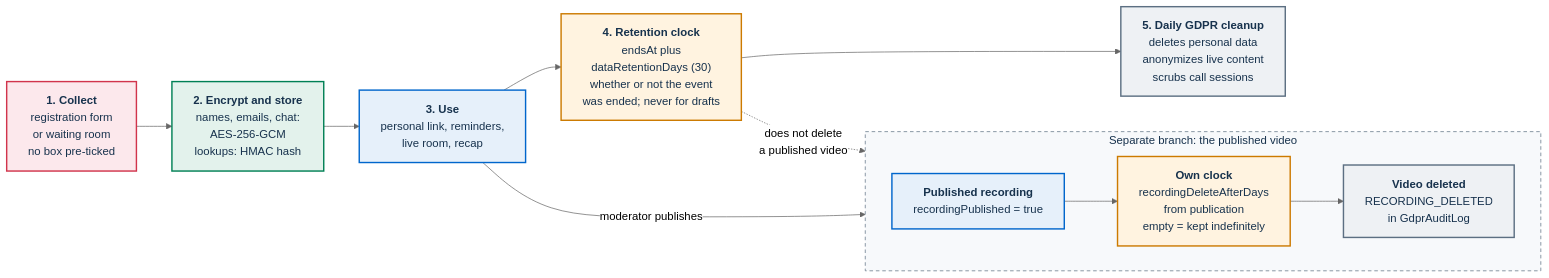
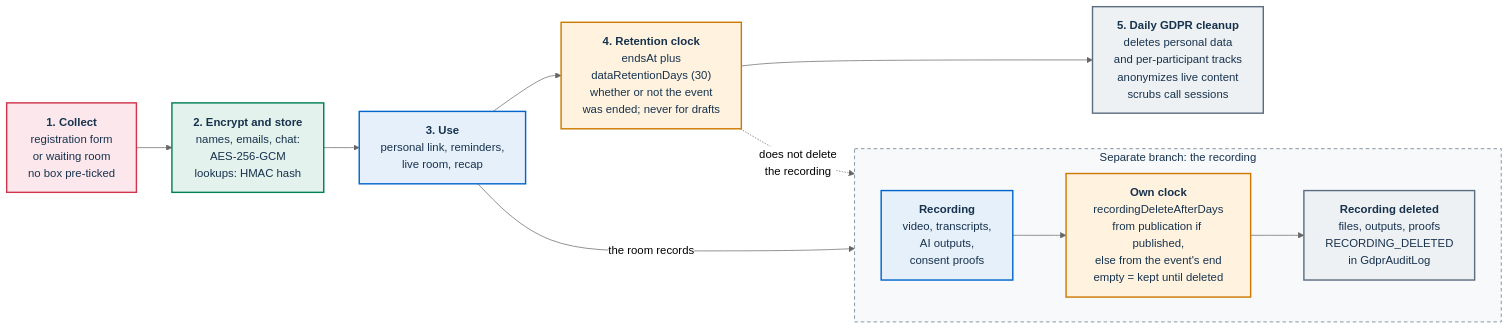
Before and after one commit to italia/pa-webinar: the second of 3 diagrams in docs/GDPR.md, drawn with Mermaid (neutral theme). The commit also changed other lines of this file and 13 other files, not shown here.

````diff
--- a/docs/GDPR.md
+++ b/docs/GDPR.md
@@ -328,28 +332,28 @@
 ```mermaid
 flowchart LR
   classDef risk fill:#FCE8EC,stroke:#D1344C,stroke-width:2px,color:#17324D
   classDef data fill:#E3F2EC,stroke:#008055,stroke-width:2px,color:#17324D
   classDef portal fill:#E6F0FA,stroke:#0066CC,stroke-width:2px,color:#17324D
   classDef job fill:#FFF3E0,stroke:#CC7A00,stroke-width:2px,color:#17324D
   classDef ext fill:#EEF1F4,stroke:#5C6F82,stroke-width:2px,color:#17324D
 
   C["<b>1. Collect</b><br/>registration form<br/>or waiting room<br/>no box pre-ticked"]:::risk
   S["<b>2. Encrypt and store</b><br/>names, emails, chat:<br/>AES-256-GCM<br/>lookups: HMAC hash"]:::data
   U["<b>3. Use</b><br/>personal link, reminders,<br/>live room, recap"]:::portal
   R["<b>4. Retention clock</b><br/>endsAt plus<br/>dataRetentionDays (30)<br/>whether or not the event<br/>was ended; never for drafts"]:::job
-  X["<b>5. Daily GDPR cleanup</b><br/>deletes personal data<br/>anonymizes live content<br/>scrubs call sessions"]:::ext
+  X["<b>5. Daily GDPR cleanup</b><br/>deletes personal data<br/>and per-participant tracks<br/>anonymizes live content<br/>scrubs call sessions"]:::ext
 
   C --> S --> U --> R --> X
 
-  subgraph EXEMPT["Separate branch: the published video"]
+  subgraph REC["Separate branch: the recording"]
     direction LR
-    P["<b>Published recording</b><br/>recordingPublished = true"]:::portal
-    K["<b>Own clock</b><br/>recordingDeleteAfterDays<br/>from publication<br/>empty = kept indefinitely"]:::job
-    D["<b>Video deleted</b><br/>RECORDING_DELETED<br/>in GdprAuditLog"]:::ext
+    P["<b>Recording</b><br/>video, transcripts,<br/>AI outputs,<br/>consent proofs"]:::portal
+    K["<b>Own clock</b><br/>recordingDeleteAfterDays<br/>from publication if published,<br/>else from the event's end<br/>empty = kept until deleted"]:::job
+    D["<b>Recording deleted</b><br/>files, outputs, proofs<br/>RECORDING_DELETED<br/>in GdprAuditLog"]:::ext
     P --> K --> D
   end
-  style EXEMPT fill:#F7F9FB,stroke:#5C6F82,stroke-dasharray:5 4,color:#17324D
+  style REC fill:#F7F9FB,stroke:#5C6F82,stroke-dasharray:5 4,color:#17324D
 
-  U -->|"moderator publishes"| P
-  R -.->|"does not delete<br/>a published video"| P
+  U -->|"the room records"| P
+  R -.->|"does not delete<br/>the recording"| P
 ```
````
